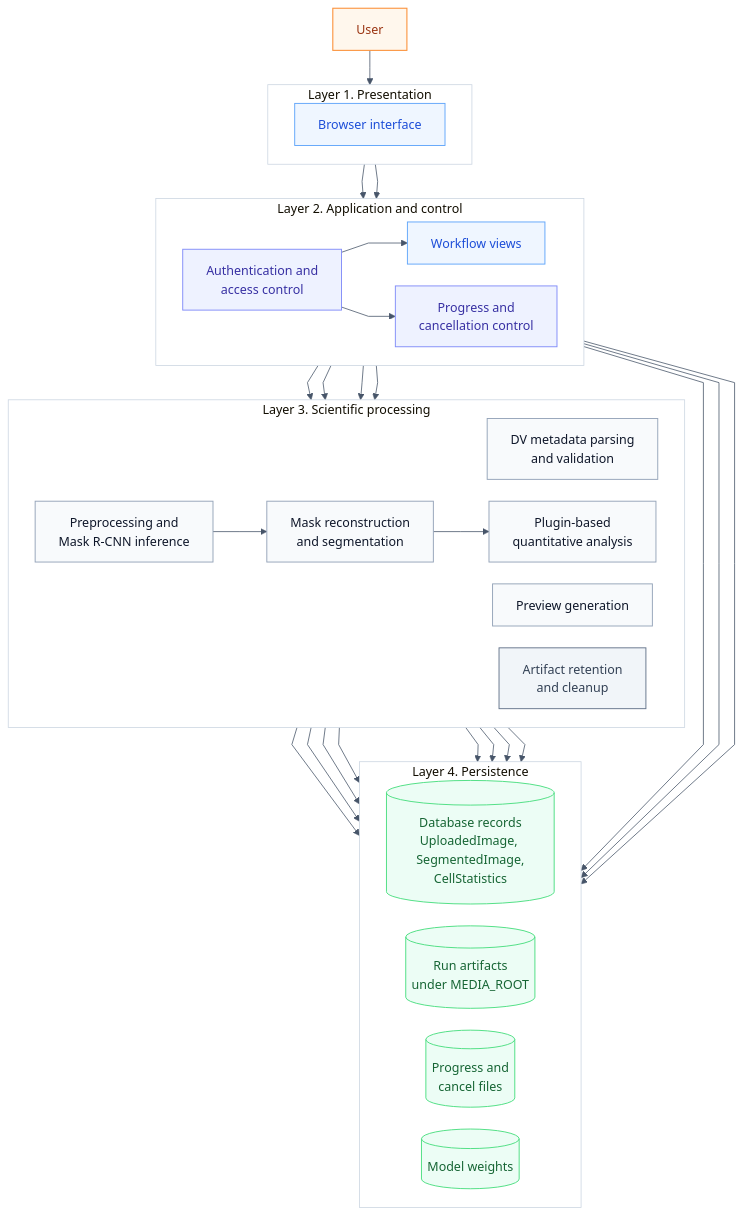
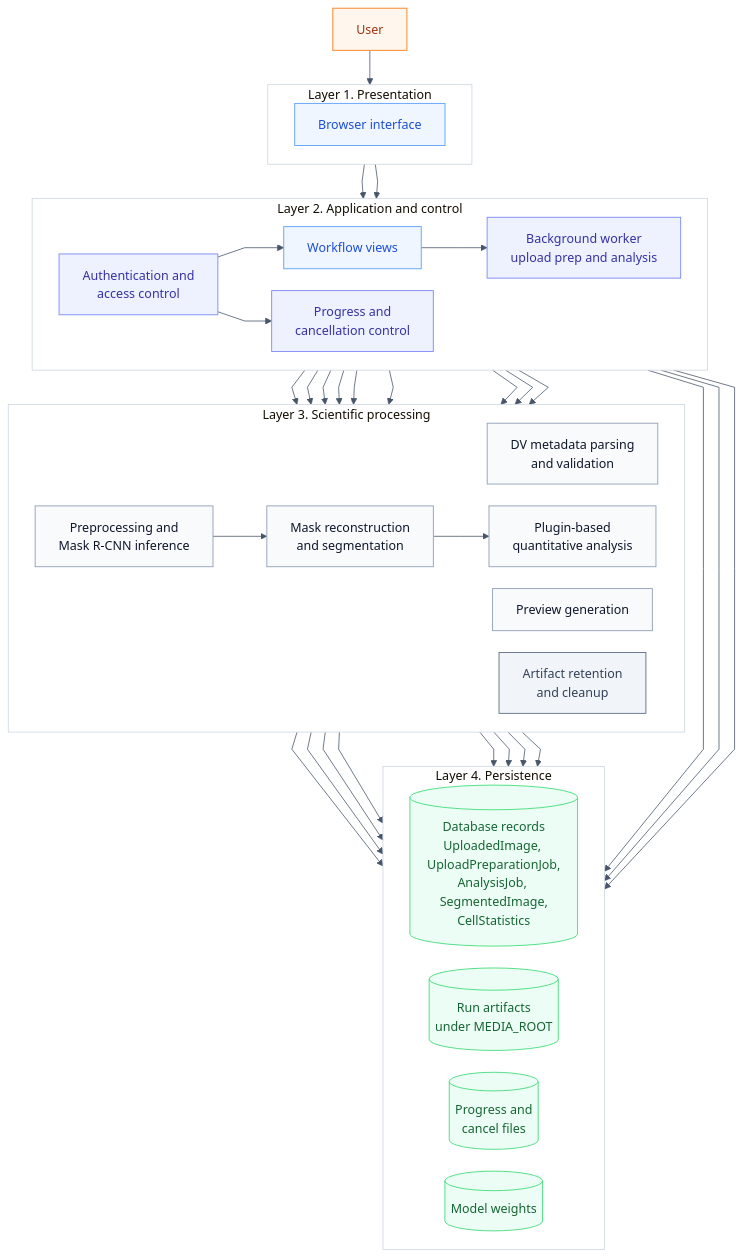
Before and after one commit to BrentLagesse/CytoCV: the diagram in docs/diagrams/01-system-architecture.mmd, drawn with Mermaid. The commit also changed other lines of this file and 23 other files, not shown here.

```diff
--- a/docs/diagrams/01-system-architecture.mmd
+++ b/docs/diagrams/01-system-architecture.mmd
@@ -1,73 +1,80 @@
 %%{init: {"theme":"base","themeVariables":{"background":"#ffffff","primaryColor":"#f8fafc","primaryBorderColor":"#94a3b8","primaryTextColor":"#0f172a","secondaryColor":"#eff6ff","tertiaryColor":"#eef2ff","lineColor":"#475569","fontFamily":"Helvetica","fontSize":"16px","clusterBorder":"#cbd5e1","clusterBkg":"#ffffff"},"flowchart":{"htmlLabels":true,"curve":"linear","nodeSpacing":28,"rankSpacing":44}}}%%
 flowchart TD
     classDef actor fill:#fff7ed,stroke:#fb923c,color:#9a3412,stroke-width:1.4px;
     classDef presentation fill:#eff6ff,stroke:#60a5fa,color:#1d4ed8,stroke-width:1.2px;
     classDef application fill:#eef2ff,stroke:#818cf8,color:#3730a3,stroke-width:1.2px;
     classDef process fill:#f8fafc,stroke:#94a3b8,color:#0f172a,stroke-width:1.2px;
     classDef control fill:#f1f5f9,stroke:#64748b,color:#334155,stroke-width:1.2px;
     classDef data fill:#ecfdf5,stroke:#4ade80,color:#166534,stroke-width:1.2px;
 
     user[User]
 
     subgraph layer1[Layer 1. Presentation]
         direction LR
         ui[Browser interface]
     end
 
     subgraph layer2[Layer 2. Application and control]
         direction LR
         workflow[Workflow views]
         auth[Authentication and<br/>access control]
         progress_api[Progress and<br/>cancellation control]
+        worker[Background worker<br/>upload prep and analysis]
     end
 
     subgraph layer3[Layer 3. Scientific processing]
         direction LR
         metadata[DV metadata parsing<br/>and validation]
         preview[Preview generation]
         ml[Preprocessing and<br/>Mask R-CNN inference]
         segmentation[Mask reconstruction<br/>and segmentation]
         analysis[Plugin-based<br/>quantitative analysis]
         retention[Artifact retention<br/>and cleanup]
     end
 
     subgraph layer4[Layer 4. Persistence]
         direction LR
-        db[(Database records<br/>UploadedImage, SegmentedImage,<br/>CellStatistics)]
+        db[(Database records<br/>UploadedImage, UploadPreparationJob,<br/>AnalysisJob, SegmentedImage,<br/>CellStatistics)]
         media[(Run artifacts<br/>under MEDIA_ROOT)]
         progress[(Progress and<br/>cancel files)]
         weights[(Model weights)]
     end
 
     user --> ui
     ui --> workflow
     ui --> auth
     auth --> workflow
     auth --> media
     auth --> progress_api
 
     workflow --> metadata
     workflow --> preview
     workflow --> ml
+    workflow --> worker
+    worker --> metadata
+    worker --> preview
+    worker --> ml
+    worker --> segmentation
+    worker --> retention
     ml --> segmentation
     segmentation --> analysis
     workflow --> retention
 
     workflow --> db
     preview --> media
     ml --> media
     ml --> weights
     segmentation --> media
     analysis --> db
     analysis --> media
     progress_api --> progress
     retention --> db
     retention --> media
 
     class user actor
     class ui presentation
     class workflow presentation
-    class auth,progress_api application
+    class auth,progress_api,worker application
     class metadata,preview,ml,segmentation,analysis process
     class retention control
     class db,media,progress,weights data
```
